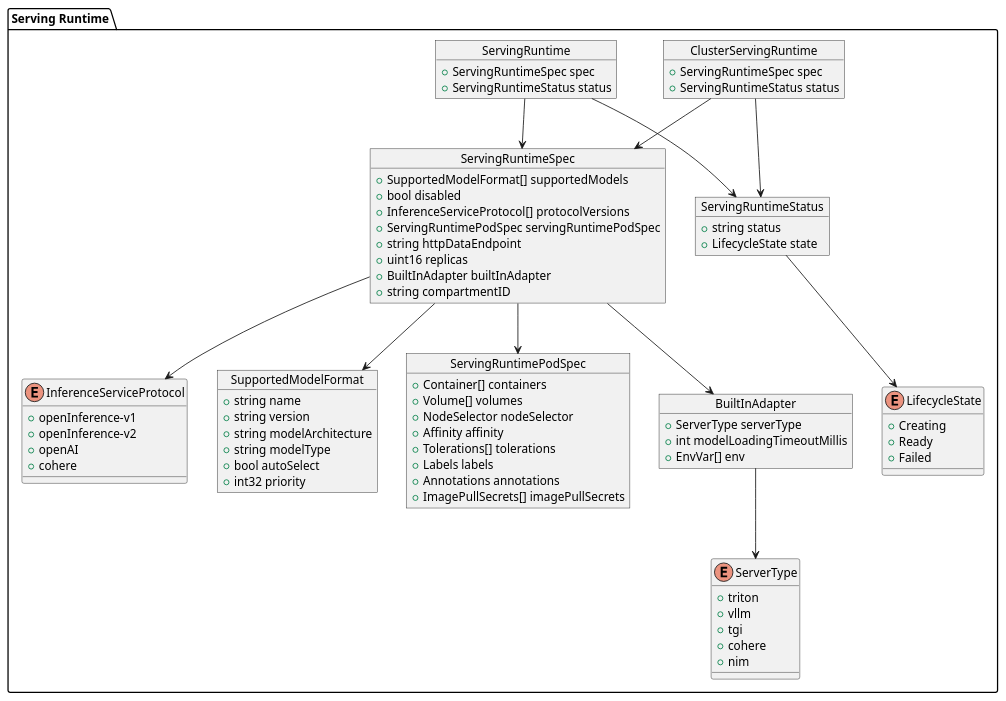
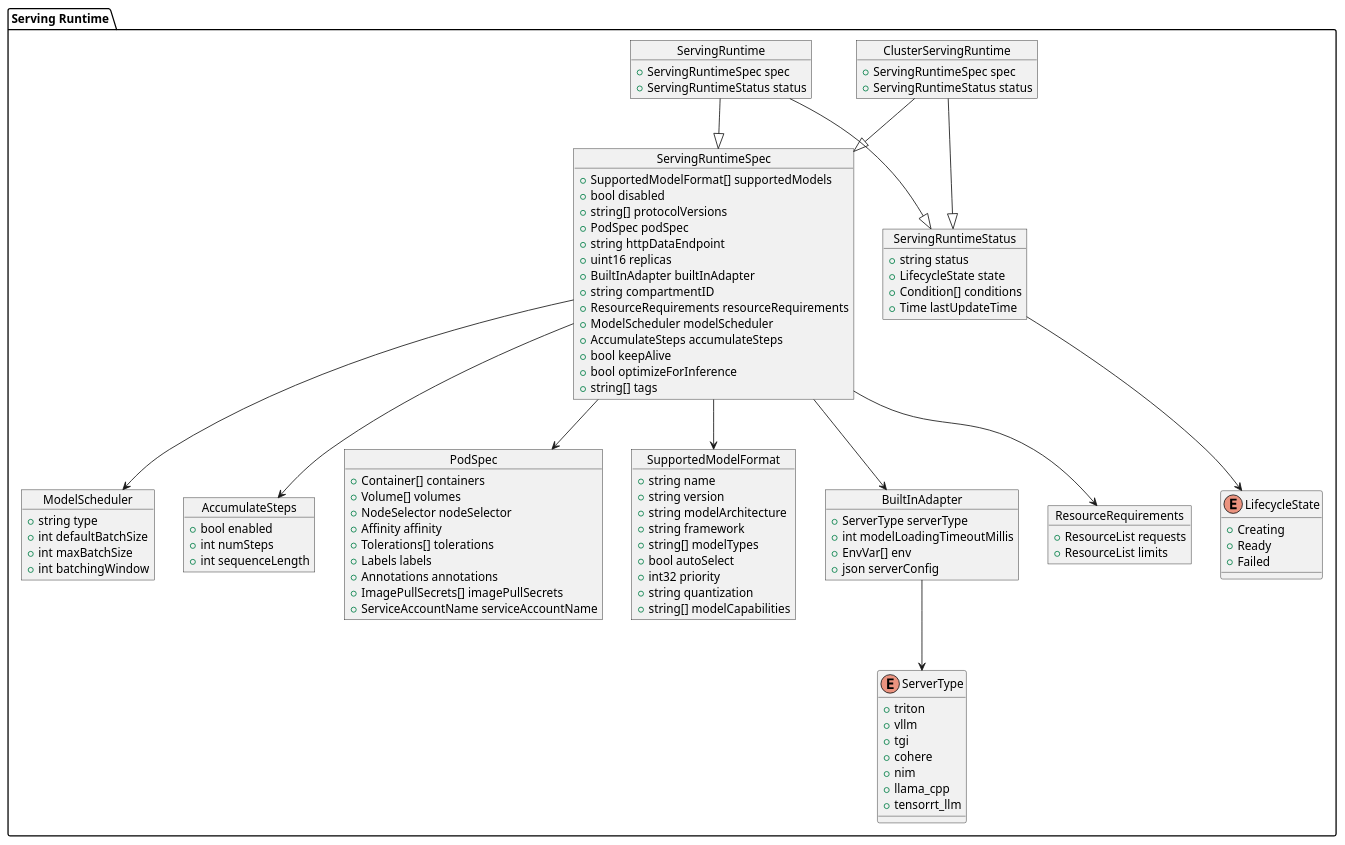
The diagram in site/assets/runtime.plantuml (sgl-project/ome), drawn with PlantUML before and after one commit. The commit also changed 13 other files, not shown here.

First line of the commit message:
[Docs] update plantumls for resources and readme

```diff
--- a/site/assets/runtime.plantuml
+++ b/site/assets/runtime.plantuml
@@ -1,89 +1,118 @@
-@startuml
+@startuml ServingRuntime
+
 package "Serving Runtime" {
 
   object ClusterServingRuntime {
     + ServingRuntimeSpec spec
     + ServingRuntimeStatus status
   }
 
   object ServingRuntime {
     + ServingRuntimeSpec spec
     + ServingRuntimeStatus status
   }
 
   object ServingRuntimeSpec {
     + SupportedModelFormat[] supportedModels
     + bool disabled
-    + InferenceServiceProtocol[] protocolVersions
-    + ServingRuntimePodSpec servingRuntimePodSpec
+    + string[] protocolVersions
+    + PodSpec podSpec
     + string httpDataEndpoint
     + uint16 replicas
     + BuiltInAdapter builtInAdapter
     + string compartmentID
+    + ResourceRequirements resourceRequirements
+    + ModelScheduler modelScheduler
+    + AccumulateSteps accumulateSteps
+    + bool keepAlive
+    + bool optimizeForInference
+    + string[] tags
   }
 
-  enum InferenceServiceProtocol {
-    + openInference-v1
-    + openInference-v2
-    + openAI
-    + cohere
-  }
-
-  object SupportedModelFormat {
-    + string name
-    + string version
-    + string modelArchitecture
-    + string modelType
-    + bool autoSelect
-    + int32 priority
-  }
-
-  object ServingRuntimePodSpec {
+  object PodSpec {
     + Container[] containers
     + Volume[] volumes
     + NodeSelector nodeSelector
     + Affinity affinity
     + Tolerations[] tolerations
     + Labels labels
     + Annotations annotations
     + ImagePullSecrets[] imagePullSecrets
+    + ServiceAccountName serviceAccountName
+  }
+
+  object SupportedModelFormat {
+    + string name
+    + string version
+    + string modelArchitecture
+    + string framework
+    + string[] modelTypes
+    + bool autoSelect
+    + int32 priority
+    + string quantization
+    + string[] modelCapabilities
   }
 
   object BuiltInAdapter {
     + ServerType serverType
     + int modelLoadingTimeoutMillis
     + EnvVar[] env
+    + json serverConfig
+  }
+
+  object ResourceRequirements {
+    + ResourceList requests
+    + ResourceList limits
+  }
+
+  object ModelScheduler {
+    + string type
+    + int defaultBatchSize
+    + int maxBatchSize
+    + int batchingWindow
+  }
+
+  object AccumulateSteps {
+    + bool enabled
+    + int numSteps
+    + int sequenceLength
   }
 
   enum ServerType {
     + triton
     + vllm
     + tgi
     + cohere
     + nim
+    + llama_cpp
+    + tensorrt_llm
   }
 
   object ServingRuntimeStatus {
     + string status
     + LifecycleState state
+    + Condition[] conditions
+    + Time lastUpdateTime 
   }
 
   enum LifecycleState {
     + Creating
     + Ready
     + Failed
   }
 
-  ClusterServingRuntime --> ServingRuntimeSpec
-  ServingRuntime --> ServingRuntimeSpec
-  ClusterServingRuntime --> ServingRuntimeStatus
-  ServingRuntime --> ServingRuntimeStatus
-  ServingRuntimeSpec --> InferenceServiceProtocol
+  ClusterServingRuntime --|> ServingRuntimeSpec
+  ServingRuntime --|> ServingRuntimeSpec
+  ClusterServingRuntime --|> ServingRuntimeStatus
+  ServingRuntime --|> ServingRuntimeStatus
   ServingRuntimeSpec --> SupportedModelFormat
-  ServingRuntimeSpec --> ServingRuntimePodSpec
+  ServingRuntimeSpec --> PodSpec
   ServingRuntimeSpec --> BuiltInAdapter
+  ServingRuntimeSpec --> ResourceRequirements
+  ServingRuntimeSpec --> ModelScheduler
+  ServingRuntimeSpec --> AccumulateSteps
   BuiltInAdapter --> ServerType
   ServingRuntimeStatus --> LifecycleState
 }
 
 @enduml
```
